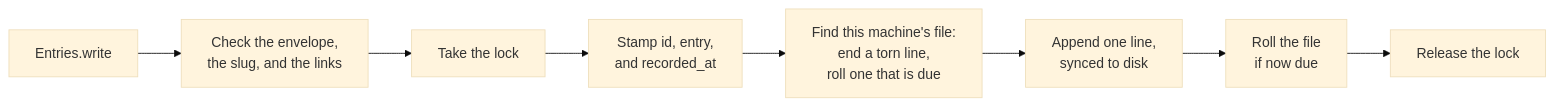
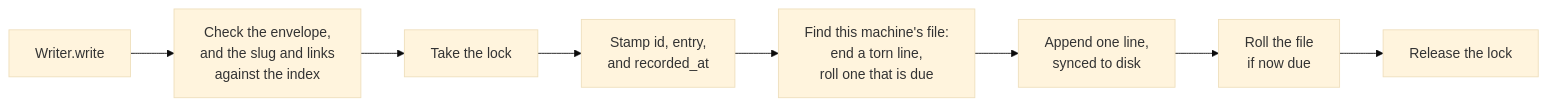
The first of 2 diagrams in docs/core-module.md (Velrea/AI.Brain), drawn with Mermaid (base theme) before and after one commit. The commit also changed other lines of this file and 13 other files, not shown here.

First line of the commit message:
Fold the generic write into the core write path, and remove entries.py

````diff
--- a/docs/core-module.md
+++ b/docs/core-module.md
@@ -81,10 +80,10 @@
 ```mermaid
 flowchart LR
-    method["Entries.write"] --> check["Check the envelope,<br/>the slug, and the links"]
+    method["Writer.write"] --> check["Check the envelope,<br/>and the slug and links<br/>against the index"]
     check --> lock["Take the lock"]
     lock --> stamp["Stamp id, entry,<br/>and recorded_at"]
     stamp --> current["Find this machine's file:<br/>end a torn line,<br/>roll one that is due"]
     current --> append["Append one line,<br/>synced to disk"]
     append --> roll["Roll the file<br/>if now due"]
     roll --> release["Release the lock"]
 ```
````
